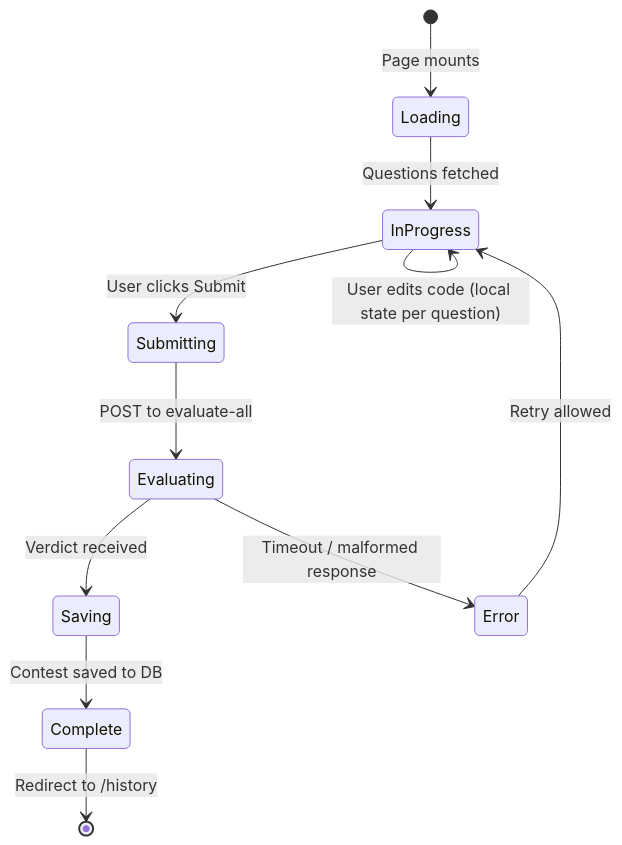
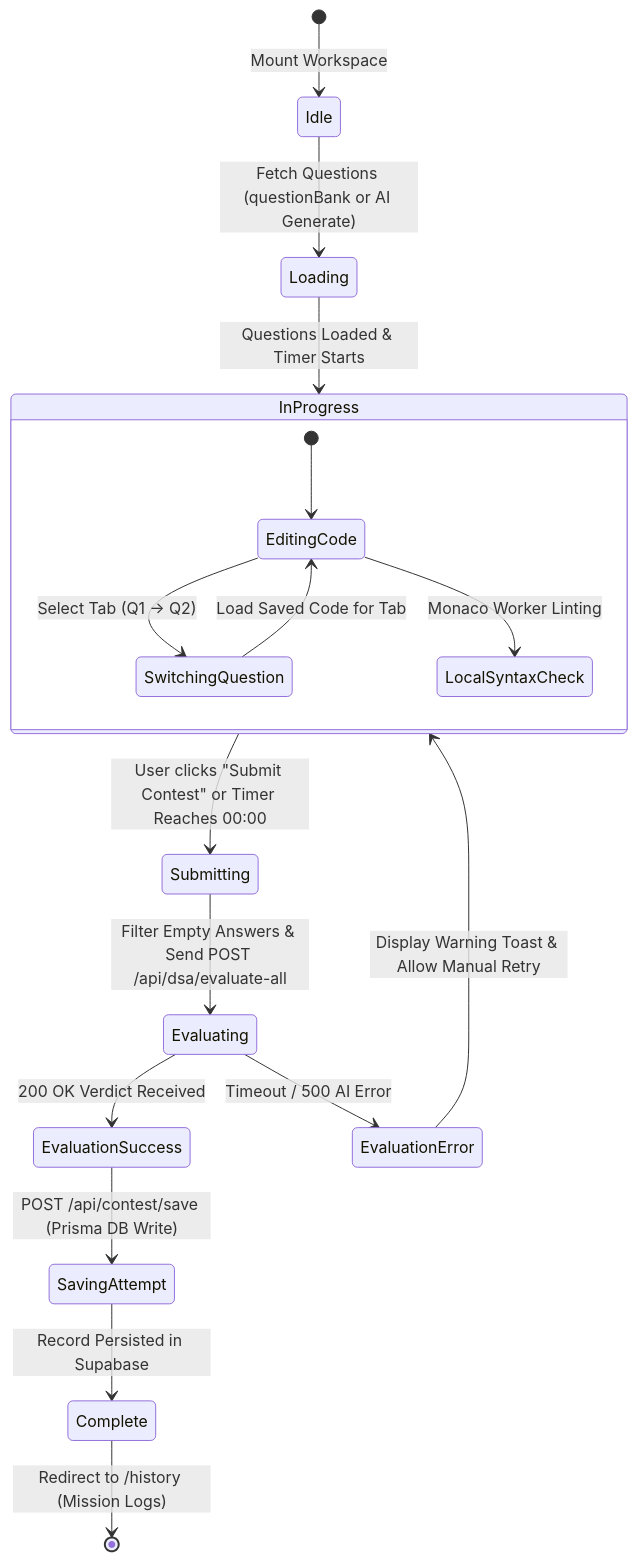
One commit to DevSars24/codeify changed diagram 17 of 21 in README.md. Above: the diagram before and after it, drawn with Mermaid. The commit also changed other lines of this file, not shown here.

````diff
--- a/README.md
+++ b/README.md
@@ -434,13 +726,25 @@
 ```mermaid
 stateDiagram-v2
-    [*] --> Loading: Page mounts
-    Loading --> InProgress: Questions fetched
-    InProgress --> InProgress: User edits code (local state per question)
-    InProgress --> Submitting: User clicks Submit
-    Submitting --> Evaluating: POST to evaluate-all
-    Evaluating --> Saving: Verdict received
-    Saving --> Complete: Contest saved to DB
-    Complete --> [*]: Redirect to /history
-    Evaluating --> Error: Timeout / malformed response
-    Error --> InProgress: Retry allowed
+    [*] --> Idle: Mount Workspace
+    Idle --> Loading: Fetch Questions (questionBank or AI Generate)
+    Loading --> InProgress: Questions Loaded & Timer Starts
+    
+    state InProgress {
+        [*] --> EditingCode
+        EditingCode --> SwitchingQuestion: Select Tab (Q1 -> Q2)
+        SwitchingQuestion --> EditingCode: Load Saved Code for Tab
+        EditingCode --> LocalSyntaxCheck: Monaco Worker Linting
+    }
+    
+    InProgress --> Submitting: User clicks "Submit Contest" or Timer Reaches 00:00
+    Submitting --> Evaluating: Filter Empty Answers & Send POST /api/dsa/evaluate-all
+    
+    Evaluating --> EvaluationSuccess: 200 OK Verdict Received
+    Evaluating --> EvaluationError: Timeout / 500 AI Error
+    
+    EvaluationError --> InProgress: Display Warning Toast & Allow Manual Retry
+    
+    EvaluationSuccess --> SavingAttempt: POST /api/contest/save (Prisma DB Write)
+    SavingAttempt --> Complete: Record Persisted in Supabase
+    Complete --> [*]: Redirect to /history (Mission Logs)
 ```
````
